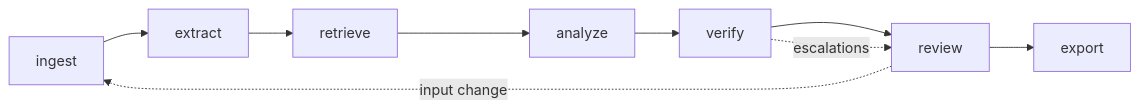
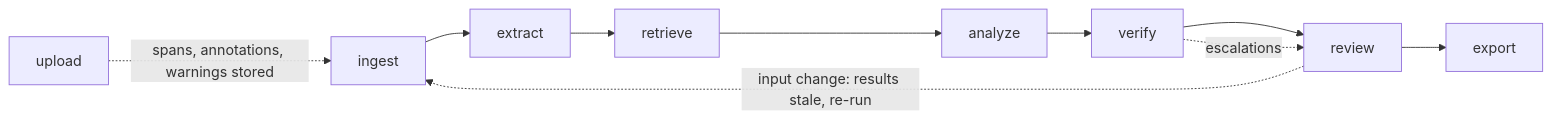
The second of 5 diagrams in docs/parol/02-experience-and-architecture.md (Silicon-Docket/clausewise), drawn with Mermaid before and after one commit. The commit also changed other lines of this file and 8 other files, not shown here.

````diff
--- a/docs/parol/02-experience-and-architecture.md
+++ b/docs/parol/02-experience-and-architecture.md
@@ -193,6 +334,7 @@
 ```mermaid
 flowchart LR
   I[ingest] --> X[extract] --> R[retrieve] --> A[analyze] --> V[verify] --> H[review] --> E[export]
+  U["upload"] -. "spans, annotations, warnings stored" .-> I
   V -. escalations .-> H
-  H -. input change .-> I
+  H -. "input change: results stale, re-run" .-> I
 ```
````
